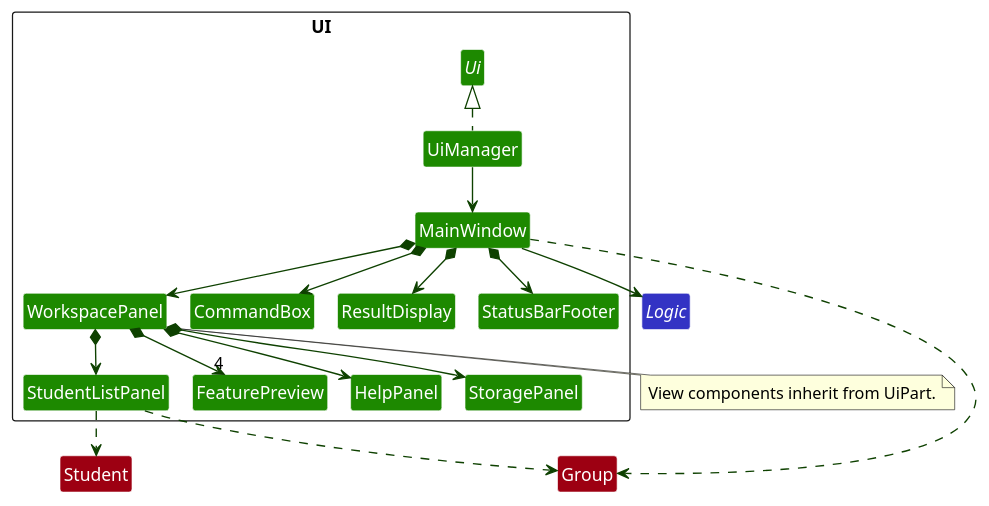
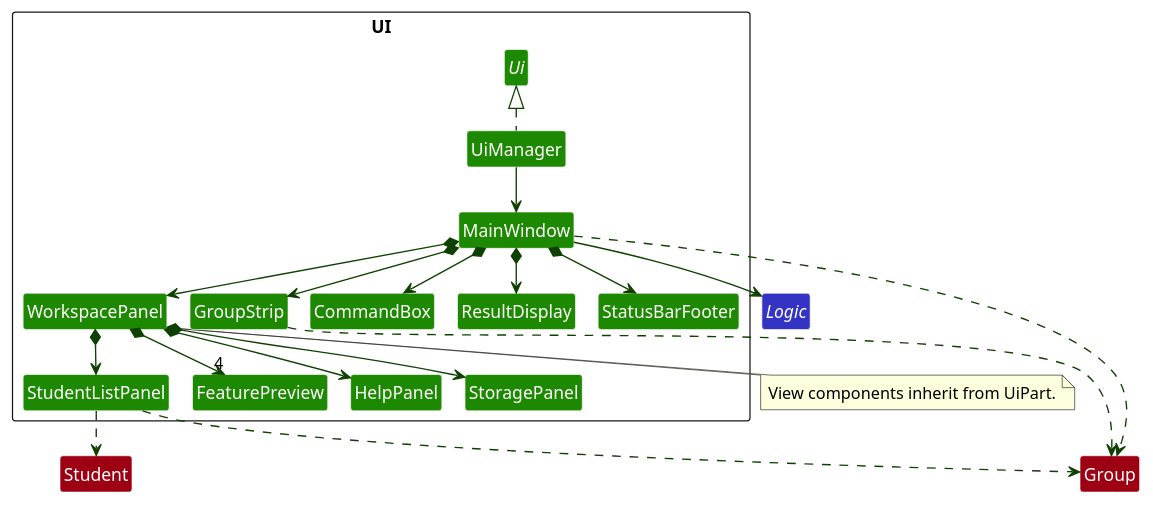
The diagram in docs/diagrams/UiClassDiagram.puml (AY2627S1-CS2103T-T12-4/tp), drawn with PlantUML before and after one commit. The commit also changed 3 other files, not shown here.

```diff
--- a/docs/diagrams/UiClassDiagram.puml
+++ b/docs/diagrams/UiClassDiagram.puml
@@ -1,50 +1,53 @@
 @startuml
 !pragma layout smetana
 skinparam shadowing false
 skinparam packageStyle rectangle
 skinparam classBackgroundColor #1D8900
 skinparam classFontColor white
 skinparam classBorderColor white
 skinparam packageBackgroundColor white
 hide members
 hide circle
 skinparam arrowThickness 1.1
 skinparam arrowColor #0E4100
 
 package UI <<Rectangle>> {
 interface Ui
 class UiManager
 class MainWindow
+class GroupStrip
 class WorkspacePanel
 class CommandBox
 class ResultDisplay
 class StatusBarFooter
 class StudentListPanel
 class FeaturePreview
 class HelpPanel
 class StoragePanel
 }
 
 UiManager .up.|> Ui
 UiManager --> MainWindow
 MainWindow *--> CommandBox
 MainWindow *--> ResultDisplay
 MainWindow *--> StatusBarFooter
+MainWindow *--> GroupStrip
 MainWindow *--> WorkspacePanel
 WorkspacePanel *--> StudentListPanel
 WorkspacePanel *--> "4" FeaturePreview
 WorkspacePanel *--> HelpPanel
 WorkspacePanel *--> StoragePanel
 
 note bottom of WorkspacePanel
 View components inherit from UiPart.
 end note
 
 interface Logic #3333C4
 class Group #9D0012
 class Student #9D0012
 MainWindow --> Logic
 MainWindow ..> Group
 StudentListPanel ..> Group
+GroupStrip ..> Group
 StudentListPanel ..> Student
 @enduml
```
